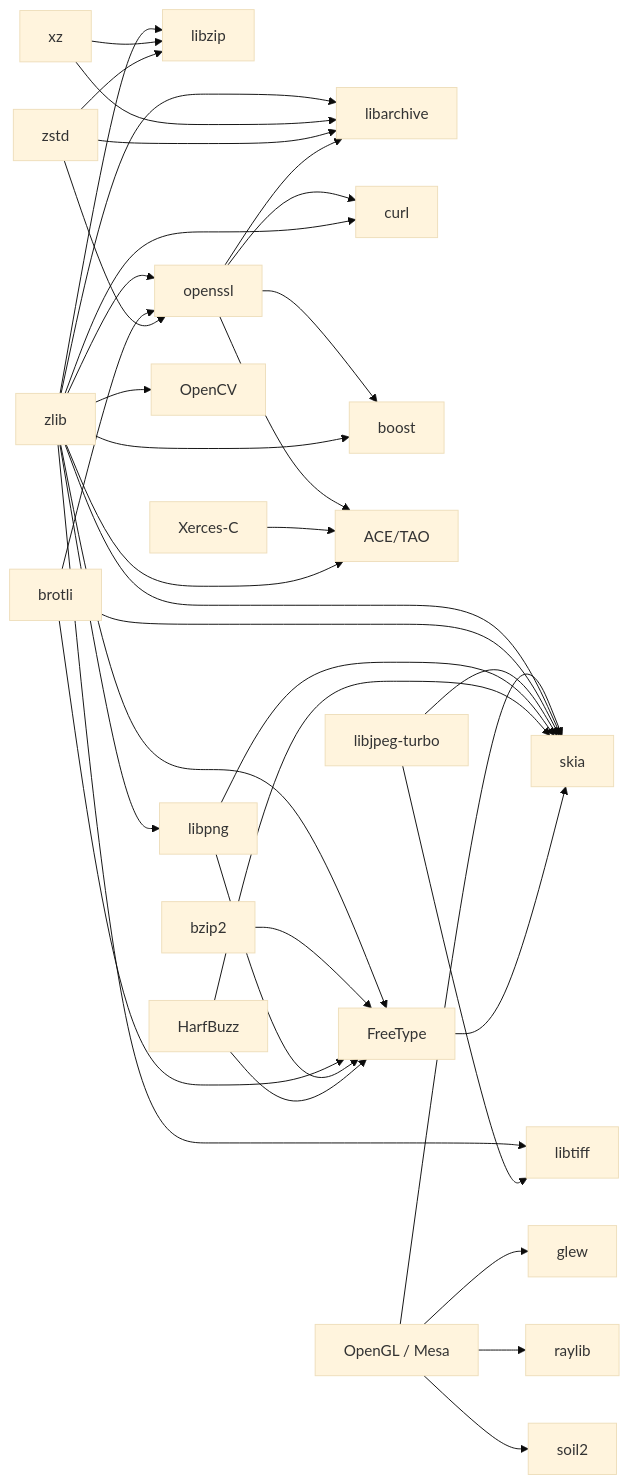
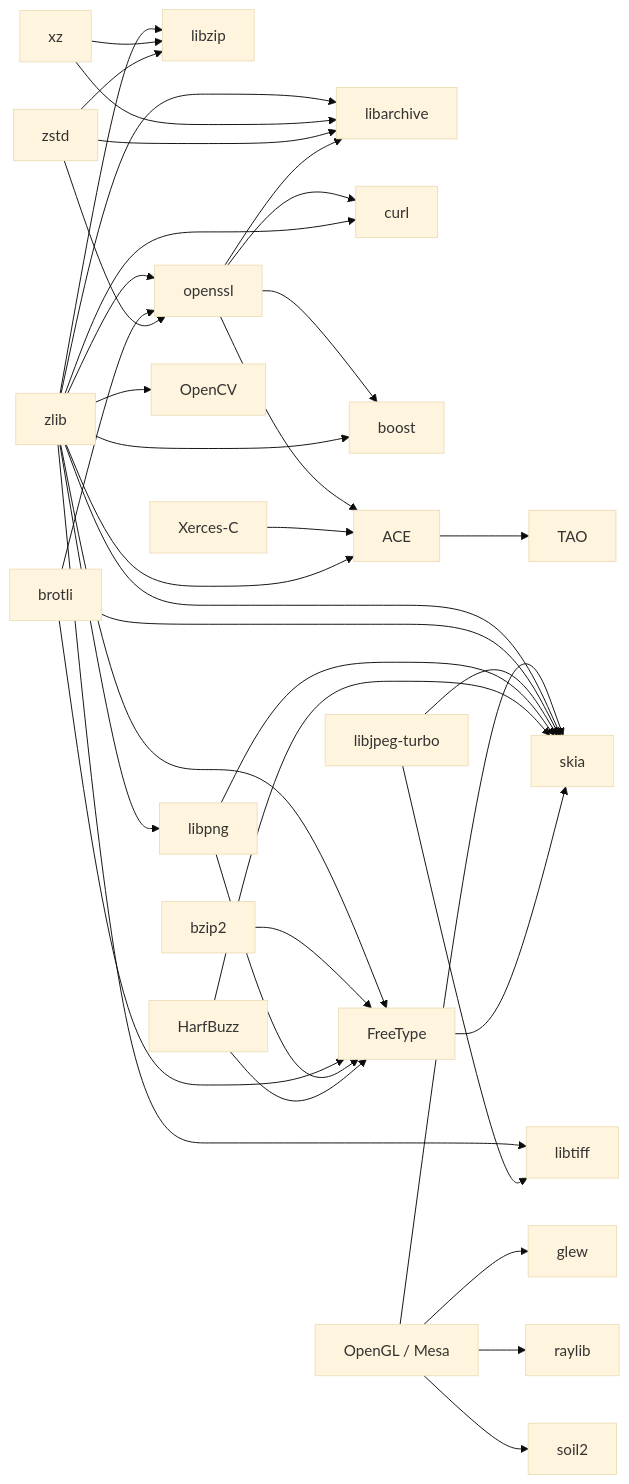
The diagram in admin/server-docs/libraries.md (adeccscholar/BuildEngine-Admin), drawn with Mermaid (base theme) before and after one commit. The commit also changed other lines of this file, not shown here.

Commit message:
Split ACE and TAO in library documentation

````diff
--- a/admin/server-docs/libraries.md
+++ b/admin/server-docs/libraries.md
@@ -24,49 +27,50 @@
 ```mermaid
 flowchart LR
    zlib --> libzip
    xz --> libzip
    zstd --> libzip
 
    zlib --> libarchive
    xz --> libarchive
    zstd --> libarchive
    openssl --> libarchive
 
    zlib --> openssl
    brotli --> openssl
    zstd --> openssl
 
    openssl --> curl
    zlib --> curl
 
    openssl --> boost
    zlib --> boost
 
-   openssl --> ace[ACE/TAO]
+   openssl --> ace[ACE]
    xerces[Xerces-C] --> ace
    zlib --> ace
+   ace --> tao[TAO]
 
    opengl[OpenGL / Mesa] --> glew
    opengl --> raylib
    opengl --> soil2
 
    zlib --> libpng
    zlib --> libtiff
    jpeg[libjpeg-turbo] --> libtiff
 
    zlib --> freetype[FreeType]
    bzip2 --> freetype
    brotli --> freetype
    libpng --> freetype
    harfbuzz[HarfBuzz] --> freetype
 
    opengl --> skia
    zlib --> skia
    brotli --> skia
    jpeg --> skia
    libpng --> skia
    harfbuzz --> skia
    freetype --> skia
 
    zlib --> opencv[OpenCV]
 ```
````
